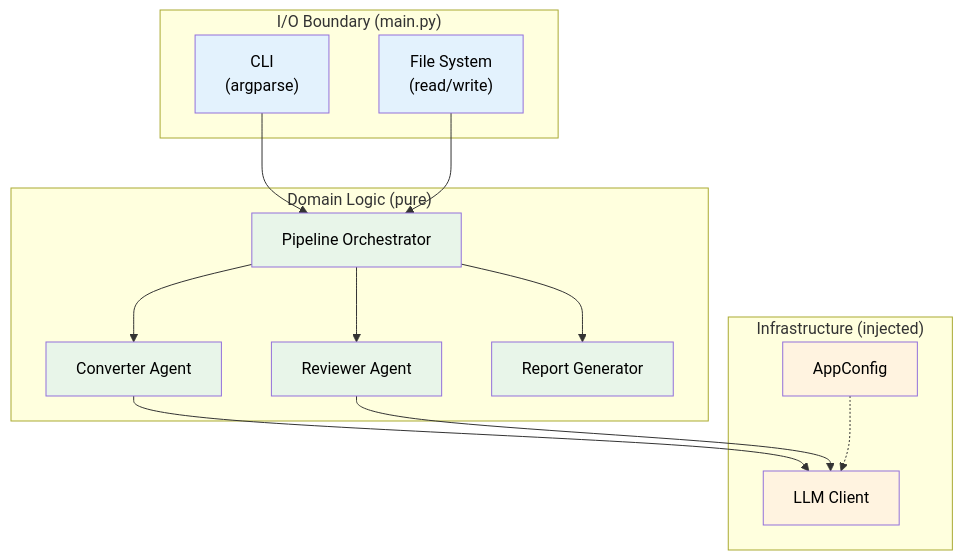
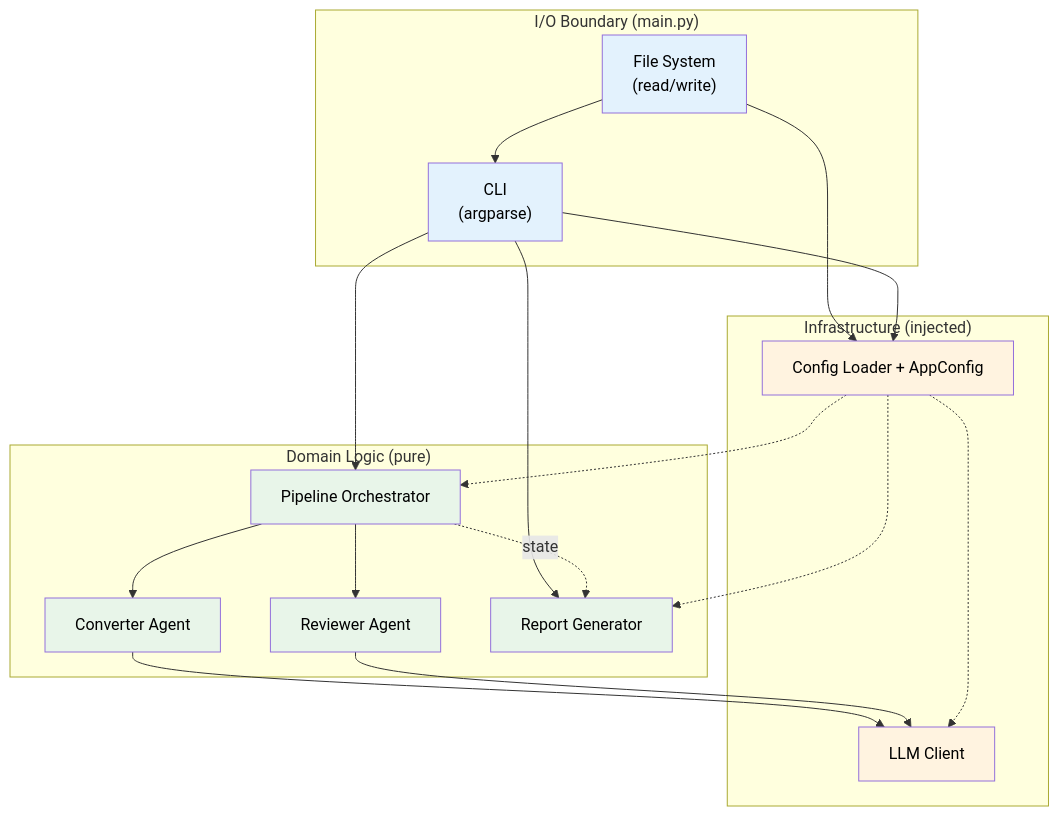
The fourth of 10 diagrams in docs/PITCH.md (romanmash/agentic-converter-py), drawn with Mermaid before and after one commit. The commit also changed other lines of this file and 1 other file, not shown here.

Commit message:
docs(pitch): refine architecture narrative and extension roadmap

````diff
--- a/docs/PITCH.md
+++ b/docs/PITCH.md
@@ -141,37 +141,42 @@
 ```mermaid
 flowchart TB
     subgraph IO ["I/O Boundary (main.py)"]
         FS["File System<br>(read/write)"]
         CLI_IO["CLI<br>(argparse)"]
     end
 
     subgraph Domain ["Domain Logic (pure)"]
         CONV_P["Converter Agent"]
         REV_P["Reviewer Agent"]
         PIPE_P["Pipeline Orchestrator"]
         RPT_P["Report Generator"]
     end
 
     subgraph Infra ["Infrastructure (injected)"]
         LLM_P["LLM Client"]
-        CFG_P["AppConfig"]
+        CFG_P["Config Loader + AppConfig"]
     end
 
+    FS --> CLI_IO
+    FS --> CFG_P
+    CLI_IO --> CFG_P
     CLI_IO --> PIPE_P
-    FS --> PIPE_P
+    CLI_IO --> RPT_P
     PIPE_P --> CONV_P
     PIPE_P --> REV_P
-    PIPE_P --> RPT_P
+    PIPE_P -. state .-> RPT_P
     CONV_P --> LLM_P
     REV_P --> LLM_P
     CFG_P -.-> LLM_P
+    CFG_P -.-> PIPE_P
+    CFG_P -.-> RPT_P
 
     style FS fill:#e3f2fd,color:#000
     style CLI_IO fill:#e3f2fd,color:#000
     style CONV_P fill:#e8f5e9,color:#000
     style REV_P fill:#e8f5e9,color:#000
     style PIPE_P fill:#e8f5e9,color:#000
     style RPT_P fill:#e8f5e9,color:#000
     style LLM_P fill:#fff3e0,color:#000
     style CFG_P fill:#fff3e0,color:#000
 ```
````
